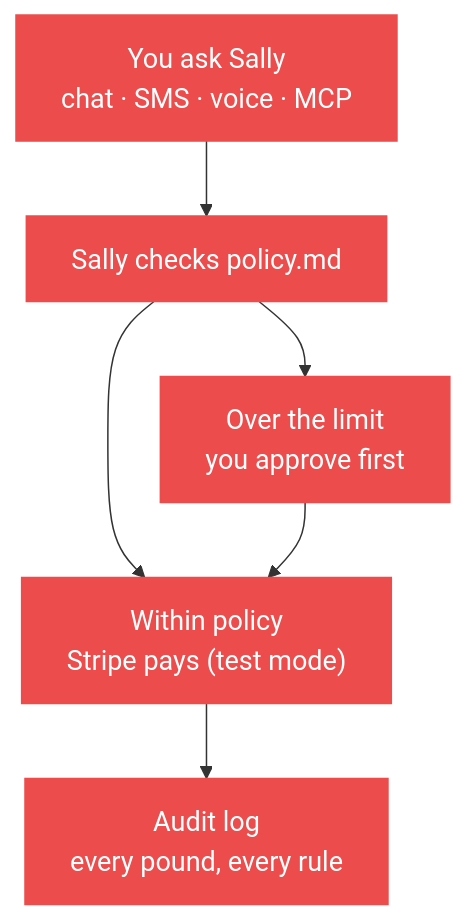
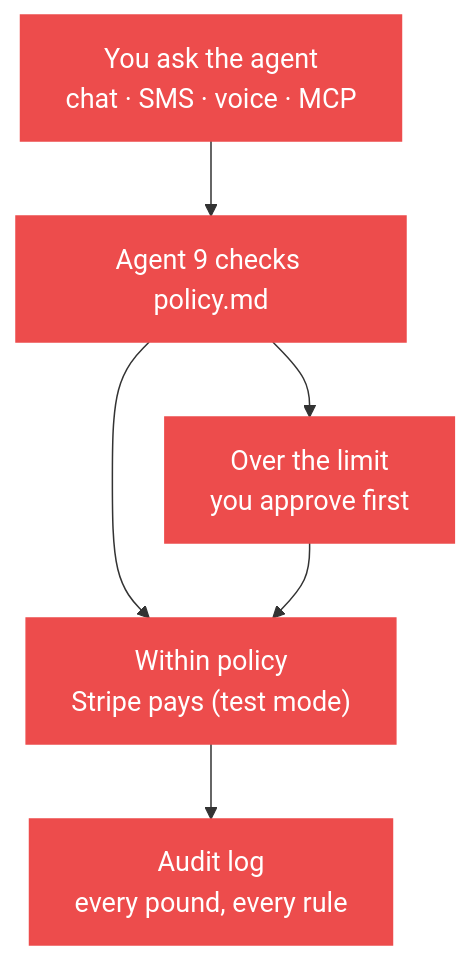
One commit to Hey-Salad/agent-offramp changed the diagram in README.md. Above: the diagram before and after it, drawn with Mermaid. The commit also changed other lines of this file and 3 other files, not shown here.

````diff
--- a/README.md
+++ b/README.md
@@ -73,10 +72,10 @@
 ```mermaid
 flowchart TD
-  A["You ask Sally<br/>chat · SMS · voice · MCP"] --> P["Sally checks policy.md"]
+  A["You ask the agent<br/>chat · SMS · voice · MCP"] --> P["Agent 9 checks policy.md"]
   P --> S["Within policy<br/>Stripe pays (test mode)"]
   P --> H["Over the limit<br/>you approve first"]
   H --> S
   S --> L["Audit log<br/>every pound, every rule"]
   classDef hs fill:#ed4c4c,stroke:#ed4c4c,color:#ffffff,font-size:18px
   class A,P,S,H,L hs
 ```
````
